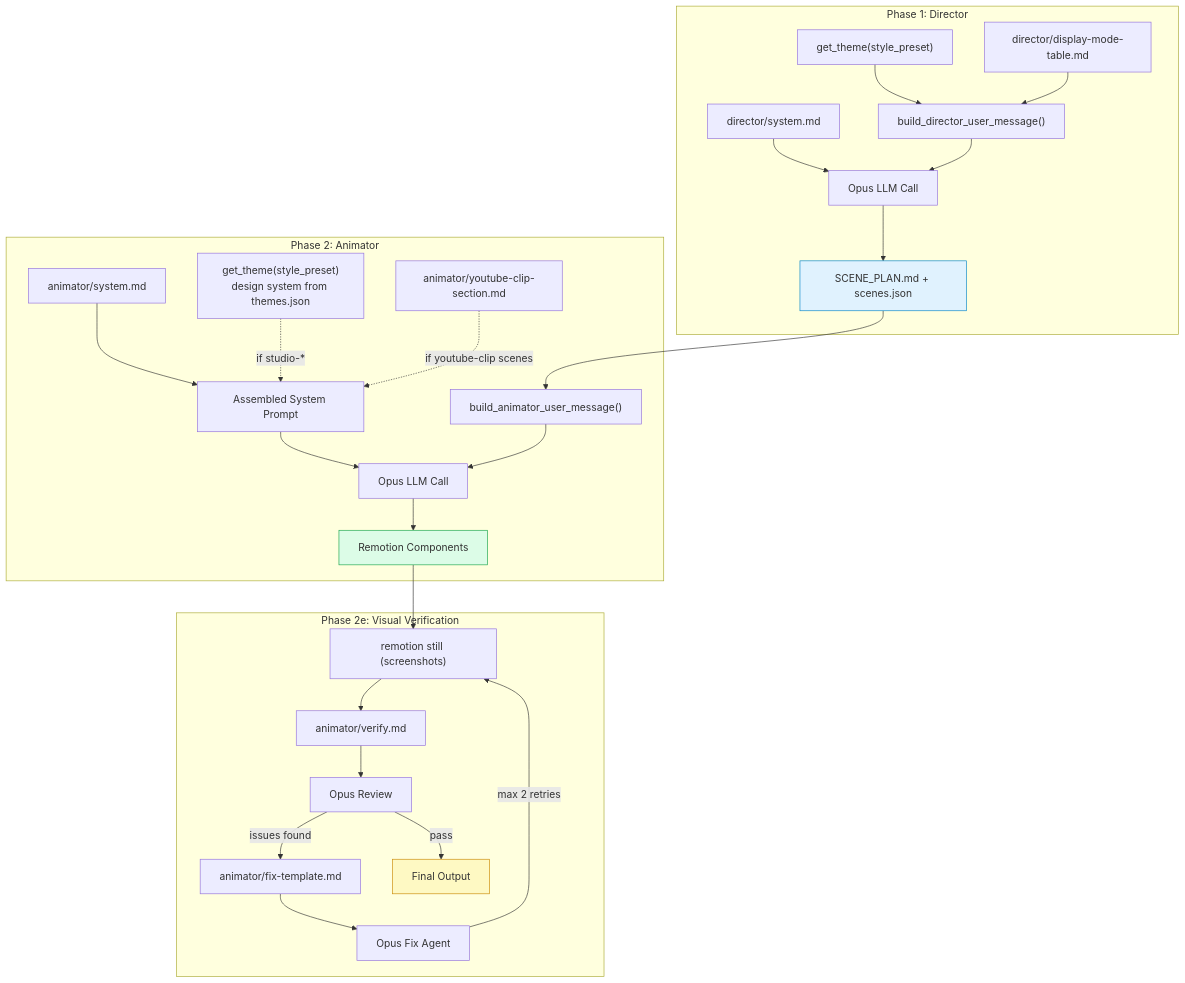
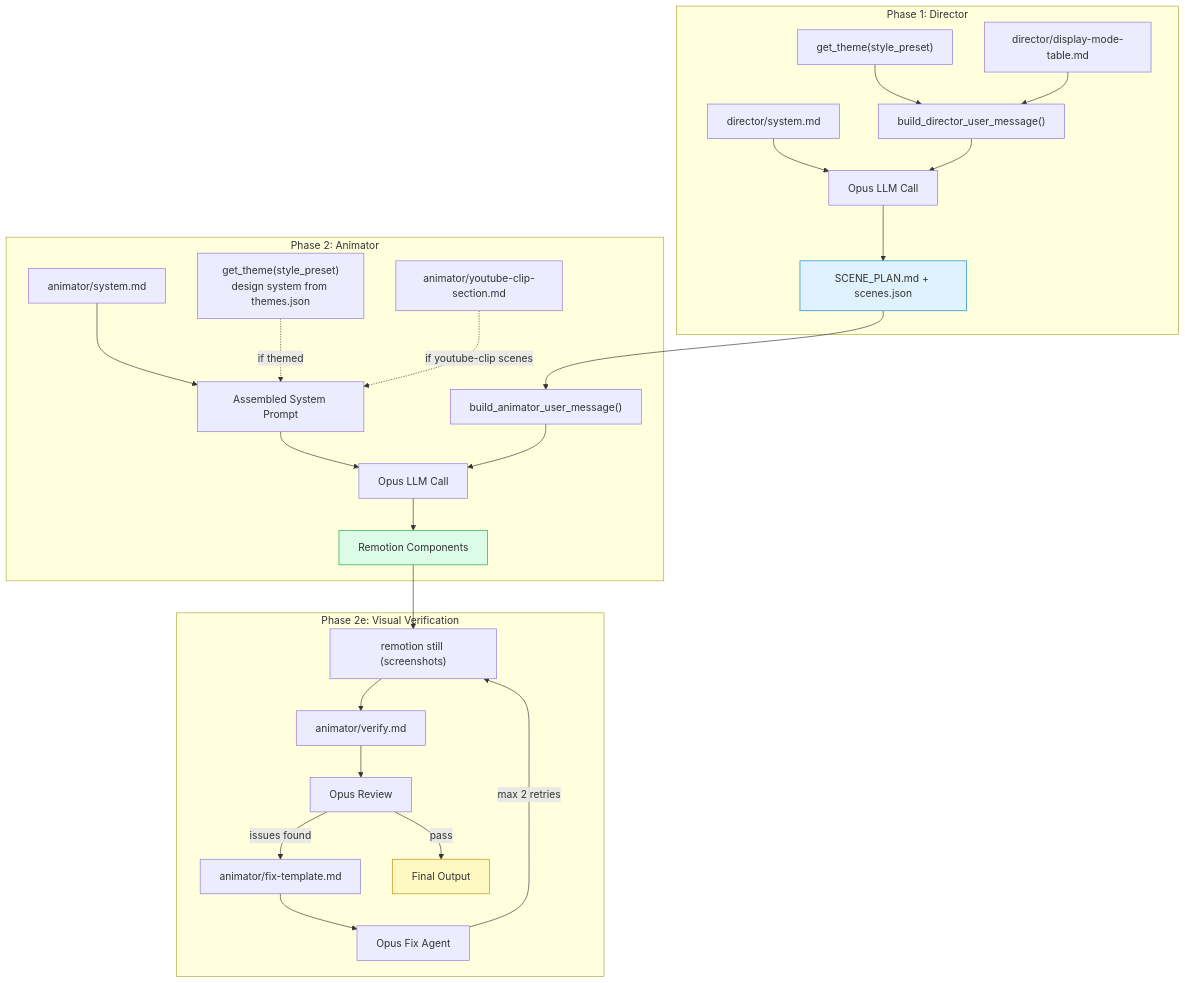
One commit to rhythmshandlya/viona changed the first of 6 diagrams in packages/worker/src/prompts/README.md. Above: the diagram before and after it, drawn with Mermaid. The commit also changed other lines of this file and 34 other files, not shown here.

````diff
--- a/packages/worker/src/prompts/README.md
+++ b/packages/worker/src/prompts/README.md
@@ -48,42 +48,42 @@
 ```mermaid
 graph TB
     subgraph "Phase 1: Director"
         DIR_SYS["director/system.md"]
         DIR_USER["build_director_user_message()"]
         DIR_STYLE["get_theme(style_preset)"]
         DIR_DISPLAY["director/display-mode-table.md"]
         DIR_STYLE --> DIR_USER
         DIR_DISPLAY --> DIR_USER
         DIR_SYS --> DIR_CALL["Opus LLM Call"]
         DIR_USER --> DIR_CALL
         DIR_CALL --> PLAN["SCENE_PLAN.md + scenes.json"]
     end
 
     subgraph "Phase 2: Animator"
         ANIM_SYS["animator/system.md"]
-        STUDIO["get_theme(style_preset)<br/>design system from themes.json"]
+        THEME["get_theme(style_preset)<br/>design system from themes.json"]
         YT_CLIP["animator/youtube-clip-section.md"]
         ANIM_USER["build_animator_user_message()"]
         PLAN --> ANIM_USER
         ANIM_SYS --> ANIM_PROMPT["Assembled System Prompt"]
-        STUDIO -.->|"if studio-*"| ANIM_PROMPT
+        THEME -.->|"if themed"| ANIM_PROMPT
         YT_CLIP -.->|"if youtube-clip scenes"| ANIM_PROMPT
         ANIM_PROMPT --> ANIM_CALL["Opus LLM Call"]
         ANIM_USER --> ANIM_CALL
         ANIM_CALL --> CODE["Remotion Components"]
     end
 
     subgraph "Phase 2e: Visual Verification"
         CODE --> STILL["remotion still (screenshots)"]
         STILL --> VERIFY_SYS["animator/verify.md"]
         VERIFY_SYS --> VERIFY_CALL["Opus Review"]
         VERIFY_CALL -->|"issues found"| FIX_SYS["animator/fix-template.md"]
         FIX_SYS --> FIX_CALL["Opus Fix Agent"]
         FIX_CALL -->|"max 2 retries"| STILL
         VERIFY_CALL -->|"pass"| DONE["Final Output"]
     end
 
     style PLAN fill:#e0f2fe,stroke:#0284c7
     style CODE fill:#dcfce7,stroke:#16a34a
     style DONE fill:#fef9c3,stroke:#ca8a04
 ```
````
